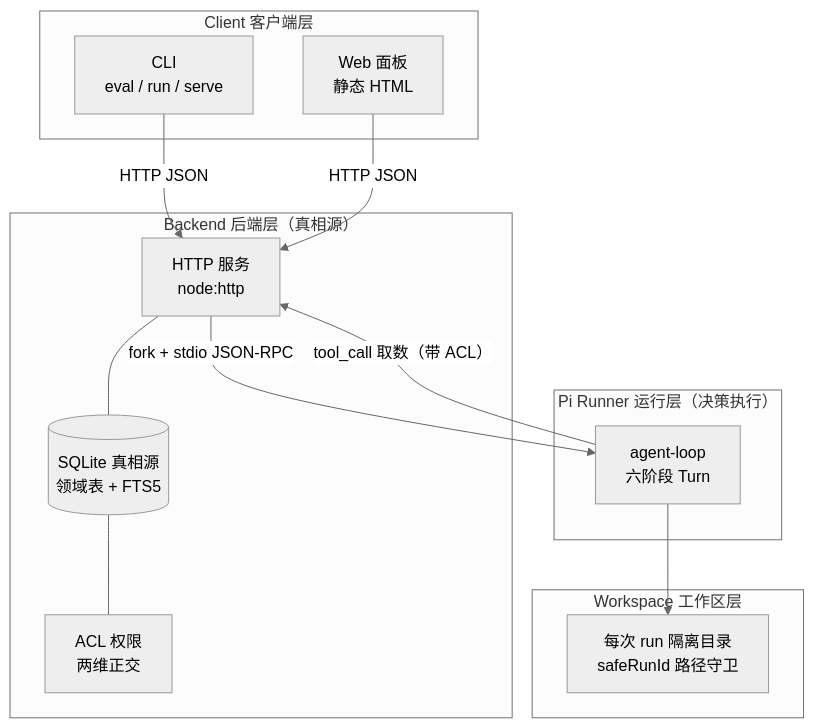
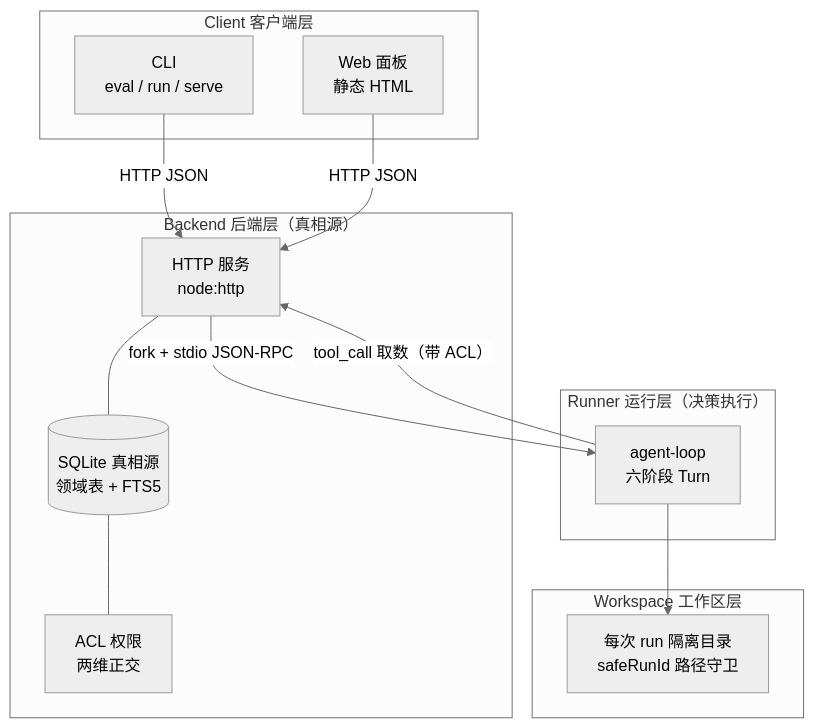
Before and after one commit to zz1008666-blip/retail-replenishment-agent: the diagram in README.md, drawn with Mermaid (neutral theme). The commit also changed other lines of this file and 16 other files, not shown here.

````diff
--- a/README.md
+++ b/README.md
@@ -26,30 +26,30 @@
 ```mermaid
 flowchart TB
   subgraph L1["Client 客户端层"]
     CLI[CLI<br/>eval / run / serve]
     WEB[Web 面板<br/>静态 HTML]
   end
 
   subgraph L2["Backend 后端层（真相源）"]
     HTTP[HTTP 服务<br/>node:http]
     DB[(SQLite 真相源<br/>领域表 + FTS5)]
     ACL2[ACL 权限<br/>两维正交]
   end
 
-  subgraph L3["Pi Runner 运行层（决策执行）"]
+  subgraph L3["Runner 运行层（决策执行）"]
     LOOP[agent-loop<br/>六阶段 Turn]
   end
 
   subgraph L4["Workspace 工作区层"]
     WS[每次 run 隔离目录<br/>safeRunId 路径守卫]
   end
 
   CLI -->|HTTP JSON| HTTP
   WEB -->|HTTP JSON| HTTP
   HTTP -->|fork + stdio JSON-RPC| LOOP
   LOOP --> WS
   LOOP -->|tool_call 取数（带 ACL）| HTTP
 
   DB --- ACL2
   HTTP --- DB
 ```
````
